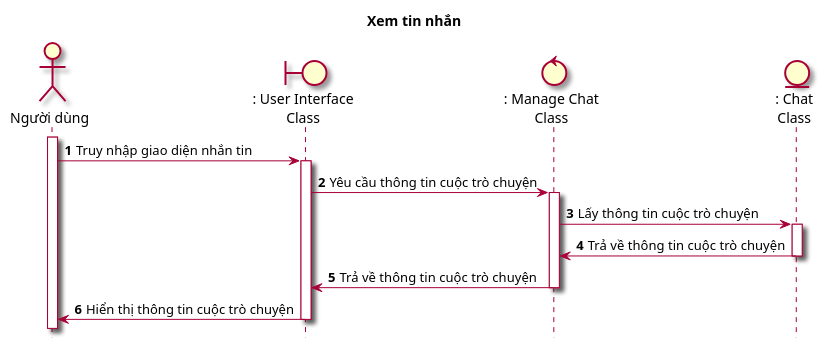
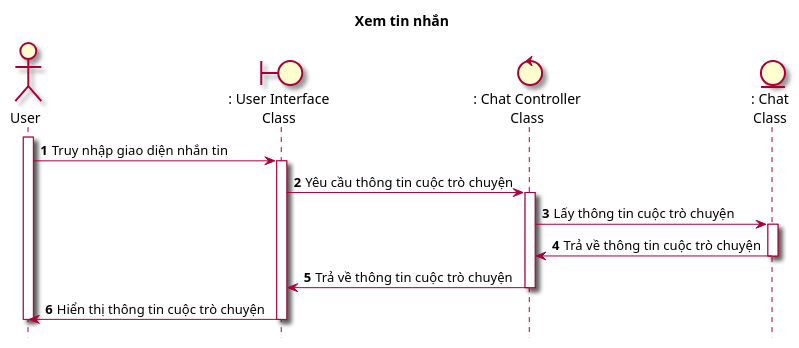
The diagram in Lab1/Lab 1.2 Diagram/Sequence/FilePUML/11.1. SeqXemTinNhan.puml (Griselda4774/EAS-EmploymentAssistanceSystem), drawn with PlantUML before and after one commit. The commit also changed 14 other files, not shown here.

```diff
--- a/Lab1/Lab 1.2 Diagram/Sequence/FilePUML/11.1. SeqXemTinNhan.puml
+++ b/Lab1/Lab 1.2 Diagram/Sequence/FilePUML/11.1. SeqXemTinNhan.puml
@@ -1,21 +1,22 @@
 @startuml SeqXemTinNhan
 
 skin rose
 hide footbox
 title Xem tin nhắn
 
-actor "Người dùng" as nguoiDung
+actor User as user
 boundary ": User Interface\nClass" as userInterface
-control ": Manage Chat\nClass" as manageChat
+control ": Chat Controller\nClass" as chatController
 entity ": Chat\nClass" as Chat
 
 autonumber
-nguoiDung++
-nguoiDung -> userInterface++ : Truy nhập giao diện nhắn tin
-userInterface -> manageChat++ : Yêu cầu thông tin cuộc trò chuyện
-manageChat -> Chat++ : Lấy thông tin cuộc trò chuyện
-Chat -> manageChat-- : Trả về thông tin cuộc trò chuyện
-manageChat -> userInterface-- : Trả về thông tin cuộc trò chuyện
-userInterface -> nguoiDung--: Hiển thị thông tin cuộc trò chuyện
+user++
+user -> userInterface++ : Truy nhập giao diện nhắn tin
+userInterface -> chatController++ : Yêu cầu thông tin cuộc trò chuyện
+chatController -> Chat++ : Lấy thông tin cuộc trò chuyện
+Chat -> chatController-- : Trả về thông tin cuộc trò chuyện
+chatController -> userInterface-- : Trả về thông tin cuộc trò chuyện
+userInterface -> user--: Hiển thị thông tin cuộc trò chuyện
+user--
 
 @enduml
```
